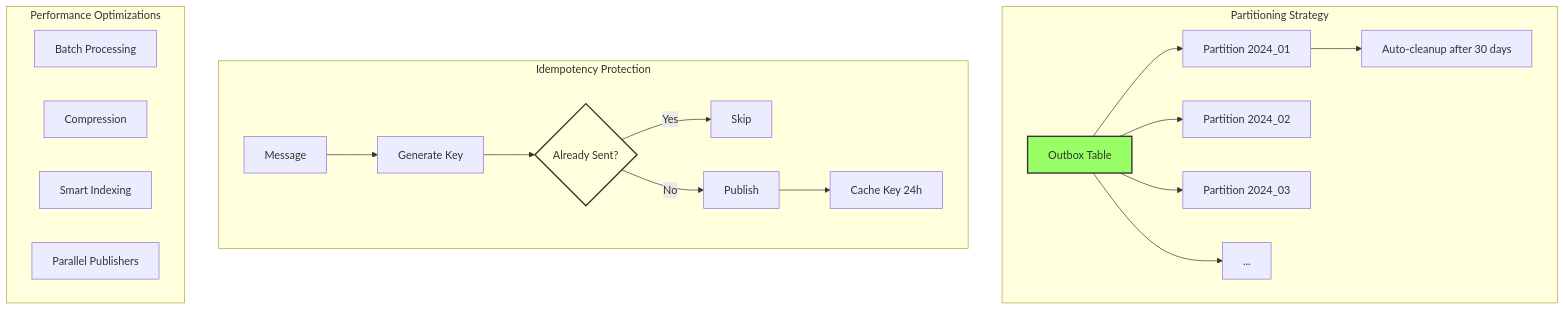
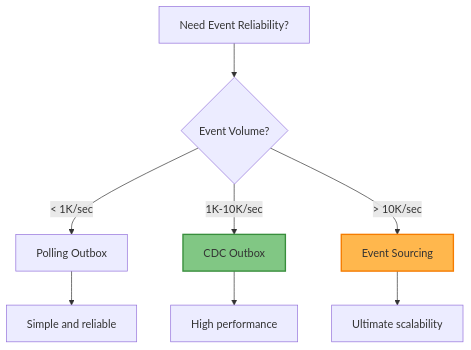
One commit to deepaucksharma/DStudio changed the sixth of 6 diagrams in docs/pattern-library/data-management/outbox.md. Above: the diagram before and after it, drawn with Mermaid. The commit also changed other lines of this file and 191 other files, not shown here.

````diff
--- a/docs/pattern-library/data-management/outbox.md
+++ b/docs/pattern-library/data-management/outbox.md
@@ -293,29 +337,17 @@
 ```mermaid
-graph TB
-    subgraph "Partitioning Strategy"
-        OT[Outbox Table] --> P1[Partition 2024_01]
-        OT --> P2[Partition 2024_02]
-        OT --> P3[Partition 2024_03]
-        OT --> PN[...]
-        
-        P1 --> AUTO[Auto-cleanup after 30 days]
-    end
+graph TD
+    A[Need Event Reliability?] --> B{Event Volume?}
+    B -->|< 1K/sec| C[Polling Outbox]
+    B -->|1K-10K/sec| D[CDC Outbox]
+    B -->|> 10K/sec| E[Event Sourcing]
     
-    subgraph "Idempotency Protection"
-        MSG[Message] --> KEY[Generate Key]
-        KEY --> CHECK{Already Sent?}
-        CHECK -->|Yes| SKIP[Skip]
-        CHECK -->|No| SEND[Publish]
-        SEND --> CACHE[Cache Key 24h]
-    end
+    C --> F[Simple and reliable]
+    D --> G[High performance]
+    E --> H[Ultimate scalability]
     
-    subgraph "Performance Optimizations"
-        BATCH[Batch Processing]
-        COMPRESS[Compression]
-        INDEX[Smart Indexing]
-        PARALLEL[Parallel Publishers]
-    end
+    classDef recommended fill:#81c784,stroke:#388e3c,stroke-width:2px
+    classDef caution fill:#ffb74d,stroke:#f57c00,stroke-width:2px
     
-    style OT fill:#9f6,stroke:#333,stroke-width:2px
-    style CHECK fill:#ffd,stroke:#333,stroke-width:2px
+    class D recommended
+    class E caution
 ```
````
